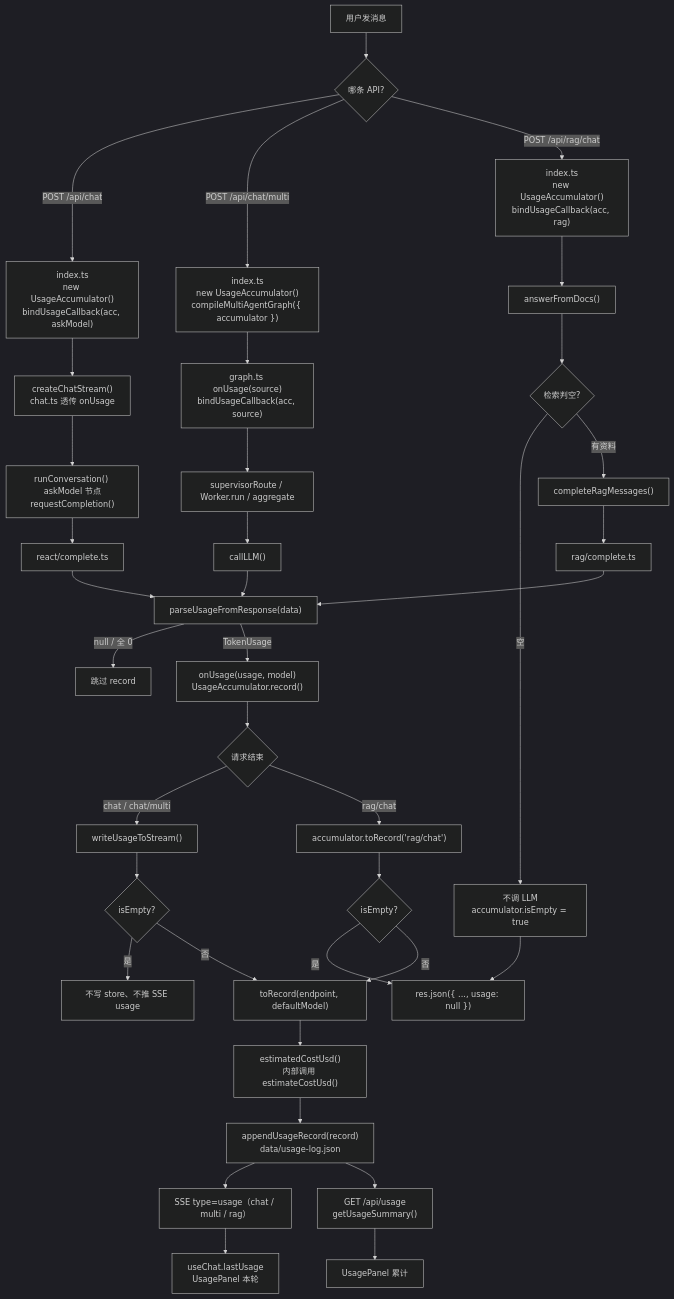
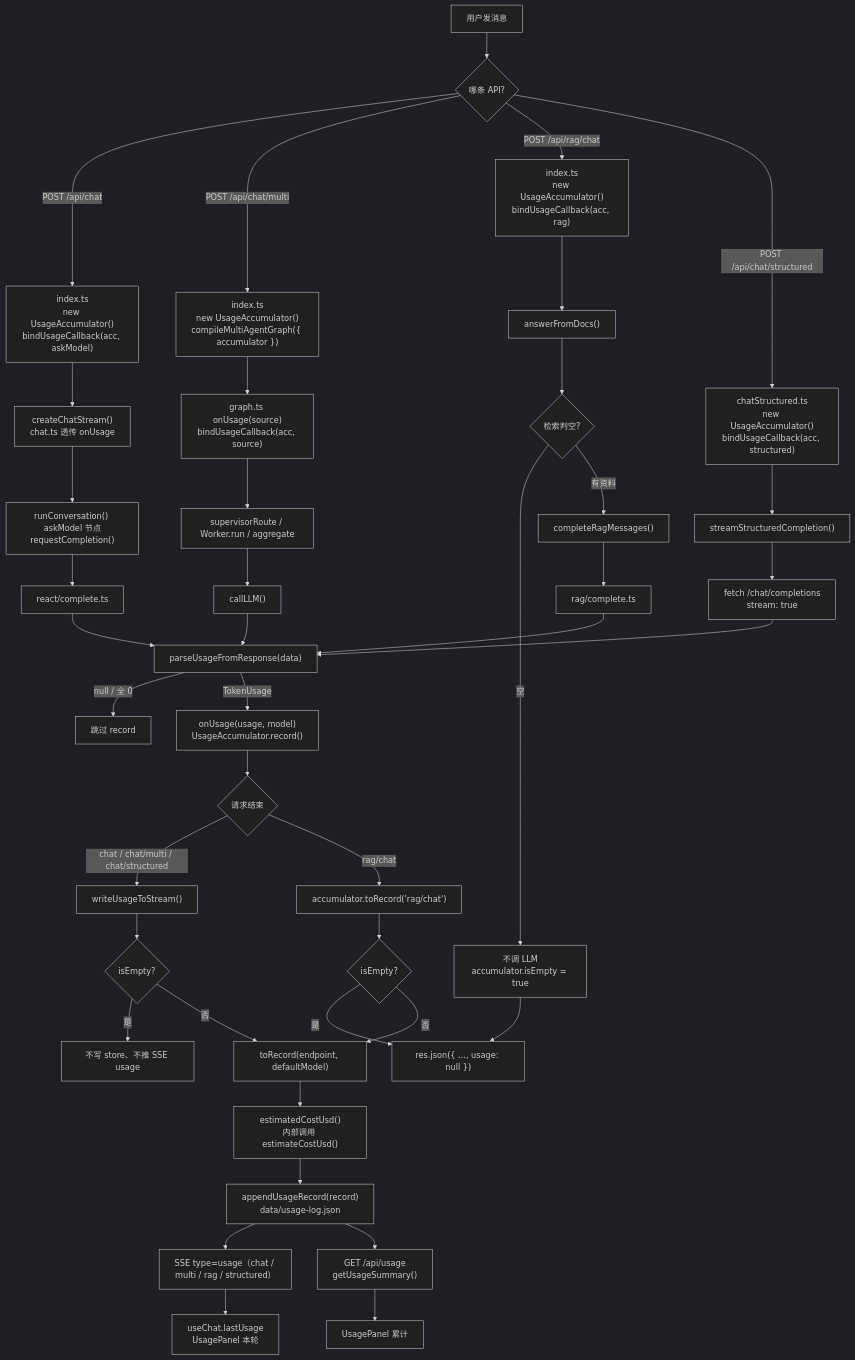
The first of 4 diagrams in step1-chat/server/usage/README.md (alminchen/study-agent), drawn with Mermaid (dark theme) before and after one commit. The commit also changed other lines of this file and 88 other files, not shown here.

````diff
--- a/step1-chat/server/usage/README.md
+++ b/step1-chat/server/usage/README.md
@@ -28,50 +28,55 @@
 ```mermaid
 flowchart TD
   U[用户发消息] --> E{哪条 API?}
 
   E -->|POST /api/chat| C["index.ts<br/>new UsageAccumulator()<br/>bindUsageCallback(acc, askModel)"]
   E -->|POST /api/chat/multi| M["index.ts<br/>new UsageAccumulator()<br/>compileMultiAgentGraph({ accumulator })"]
   E -->|POST /api/rag/chat| R["index.ts<br/>new UsageAccumulator()<br/>bindUsageCallback(acc, rag)"]
+  E -->|POST /api/chat/structured| S["chatStructured.ts<br/>new UsageAccumulator()<br/>bindUsageCallback(acc, structured)"]
 
   C --> C1["createChatStream()<br/>chat.ts 透传 onUsage"]
   C1 --> C2["runConversation() askModel 节点<br/>requestCompletion()"]
   C2 --> LLM["react/complete.ts"]
 
   M --> M1["graph.ts onUsage(source)<br/>bindUsageCallback(acc, source)"]
   M1 --> M2["supervisorRoute / Worker.run / aggregate"]
   M2 --> LLM2["callLLM()"]
 
   R --> R1["answerFromDocs()"]
   R1 --> R2{检索判空?}
   R2 -->|空| SKIP["不调 LLM<br/>accumulator.isEmpty = true"]
   R2 -->|有资料| R3["completeRagMessages()"]
   R3 --> LLM3["rag/complete.ts"]
 
+  S --> S1["streamStructuredCompletion()"]
+  S1 --> LLM4["fetch /chat/completions<br/>stream: true"]
+
   LLM --> P["parseUsageFromResponse(data)"]
   LLM2 --> P
   LLM3 --> P
+  LLM4 --> P
 
   P -->|null / 全 0| DROP[跳过 record]
   P -->|TokenUsage| CB["onUsage(usage, model)<br/>UsageAccumulator.record()"]
 
   CB --> ENDQ{请求结束}
 
-  ENDQ -->|chat / chat/multi| W["writeUsageToStream()"]
+  ENDQ -->|chat / chat/multi / chat/structured| W["writeUsageToStream()"]
   ENDQ -->|rag/chat| T["accumulator.toRecord('rag/chat')"]
   SKIP --> JSON["res.json({ ..., usage: null })"]
 
   W --> CHK{isEmpty?}
   CHK -->|是| NODATA[不写 store、不推 SSE usage]
   CHK -->|否| REC["toRecord(endpoint, defaultModel)"]
 
   T --> ISE{isEmpty?}
   ISE -->|是| JSON
   ISE -->|否| REC
 
   REC --> COST["estimatedCostUsd()<br/>内部调用 estimateCostUsd()"]
   COST --> STORE["appendUsageRecord(record)<br/>data/usage-log.json"]
-  STORE --> SSE["SSE type=usage（chat / multi / rag）"]
+  STORE --> SSE["SSE type=usage（chat / multi / rag / structured）"]
   SSE --> FE["useChat.lastUsage<br/>UsagePanel 本轮"]
   STORE --> GET["GET /api/usage<br/>getUsageSummary()"]
   GET --> FE2["UsagePanel 累计"]
 ```
````
